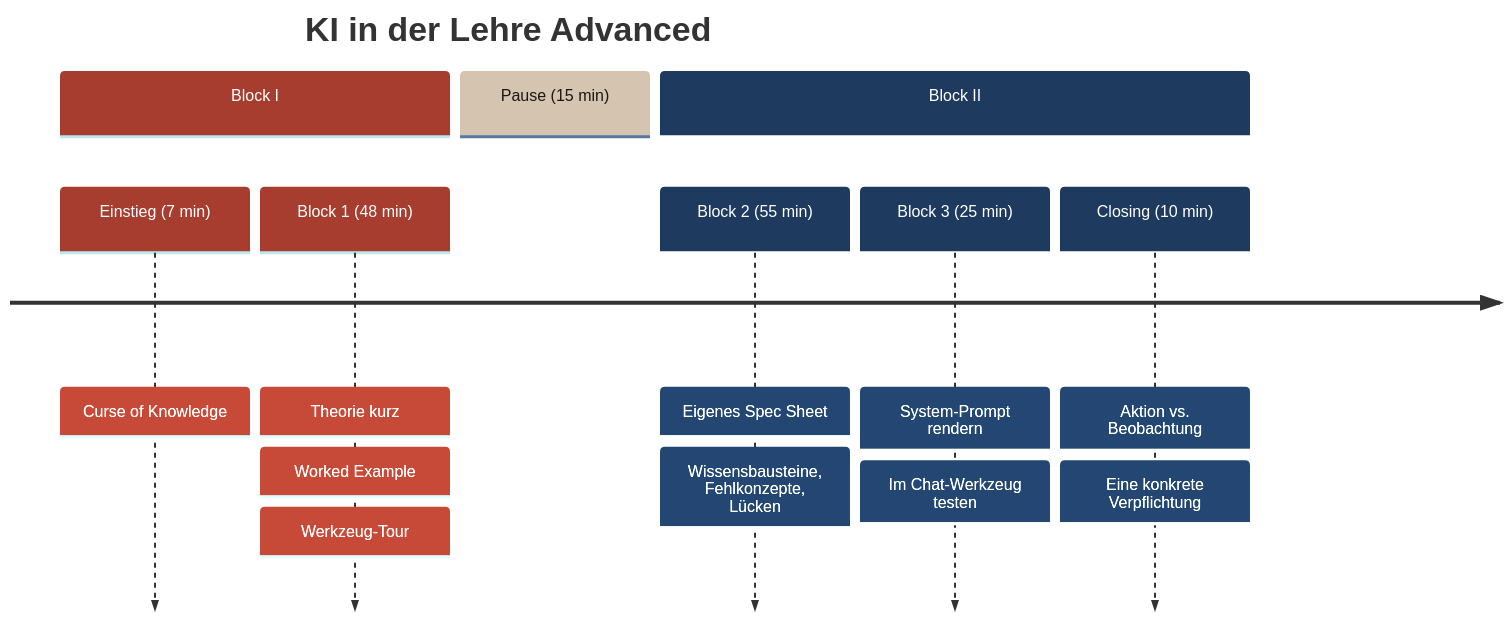
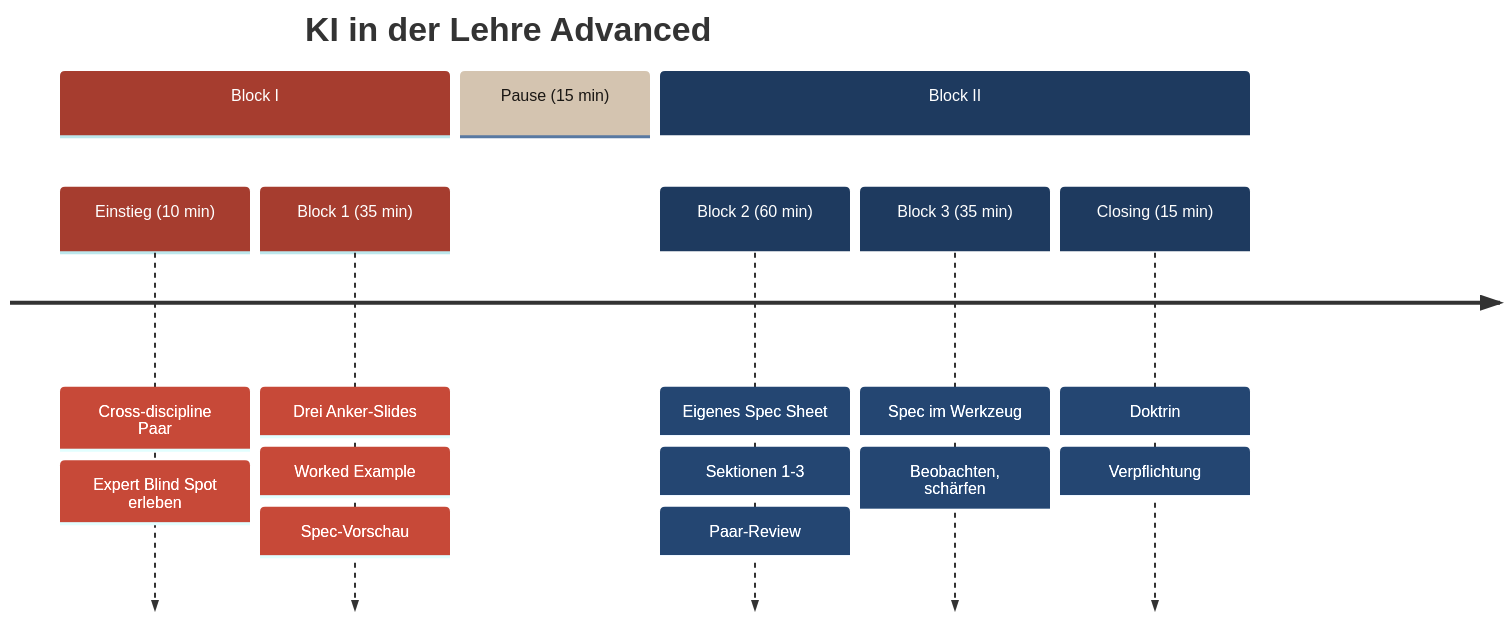
One commit to virtuelleakademie/ki-lehre-advanced changed the diagram in resources/figures/fig-workshop-flow.qmd. Above: the diagram before and after it, drawn with Mermaid. The commit also changed 89 other files, not shown here.

````diff
--- a/resources/figures/fig-workshop-flow.qmd
+++ b/resources/figures/fig-workshop-flow.qmd
@@ -1,15 +1,15 @@
 ```{mermaid}
 %%| label: workshop-flow
 %%| echo: false
 %%{init: {'theme': 'base', 'themeVariables': {'cScale0': '#A63D2F', 'cScale1': '#d4c4b0', 'cScale2': '#1E3A5F', 'cScale3': '#d4c4b0', 'cScale4': '#7B4EA3', 'cScale5': '#B8821A', 'cScaleLabel0': '#ffffff', 'cScaleLabel1': '#1A1714', 'cScaleLabel2': '#ffffff', 'cScaleLabel3': '#1A1714', 'cScaleLabel4': '#ffffff', 'cScaleLabel5': '#ffffff', 'cScalePeer0': '#c46a5f', 'cScalePeer1': '#e5ddd0', 'cScalePeer2': '#4a6a8f', 'cScalePeer3': '#e5ddd0', 'cScalePeer4': '#9a7abf', 'cScalePeer5': '#d4a84a'}}}%%
 timeline
   title KI in der Lehre Advanced
   section Block I
-    Einstieg (7 min) : Curse of Knowledge
-    Block 1 (48 min) : Theorie kurz : Worked Example : Werkzeug-Tour
+    Einstieg (10 min) : Cross-discipline Paar : Expert Blind Spot erleben
+    Block 1 (35 min) : Drei Anker-Slides : Worked Example : Spec-Vorschau
   section Pause (15 min)
   section Block II
-    Block 2 (55 min) : Eigenes Spec Sheet : Wissensbausteine, Fehlkonzepte, Lücken
-    Block 3 (25 min) : System-Prompt rendern : Im Chat-Werkzeug testen
-    Closing (10 min) : Aktion vs. Beobachtung : Eine konkrete Verpflichtung
+    Block 2 (60 min) : Eigenes Spec Sheet : Sektionen 1-3 : Paar-Review
+    Block 3 (35 min) : Spec im Werkzeug : Beobachten, schärfen
+    Closing (15 min) : Doktrin : Verpflichtung
 ```
````
